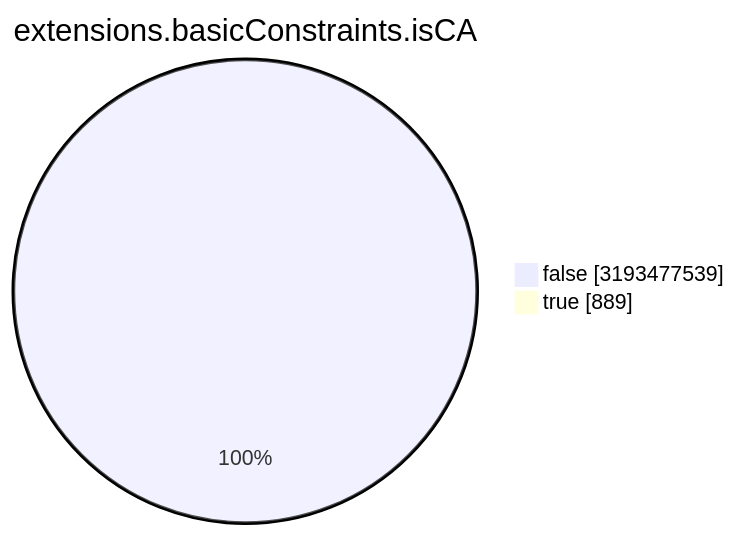
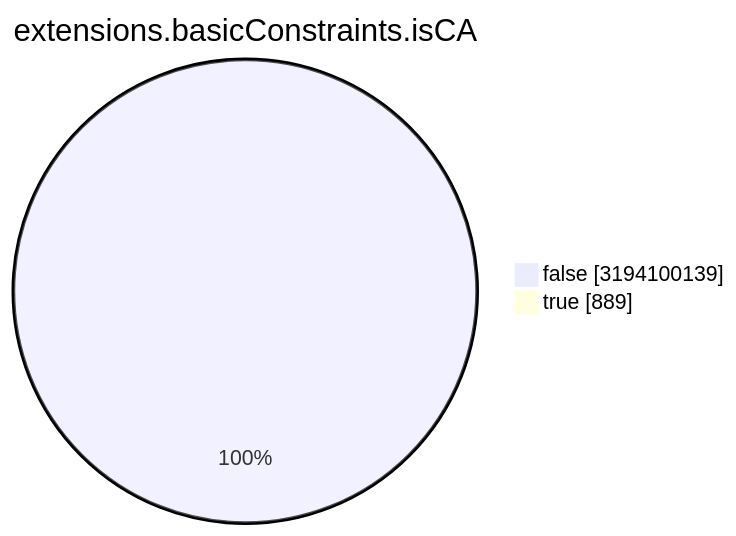
One commit to christiankrug/ctmonitor_visualization changed the seventh of 15 diagrams in TOTAL/README.md. Above: the diagram before and after it, drawn with Mermaid. The commit also changed other lines of this file, not shown here.

````diff
--- a/TOTAL/README.md
+++ b/TOTAL/README.md
@@ -3088,6 +3088,6 @@
 ```mermaid
 pie showData
 title extensions.basicConstraints.isCA
-"false" :3193477539
+"false" :3194100139
 "true" :889
 ```
````
